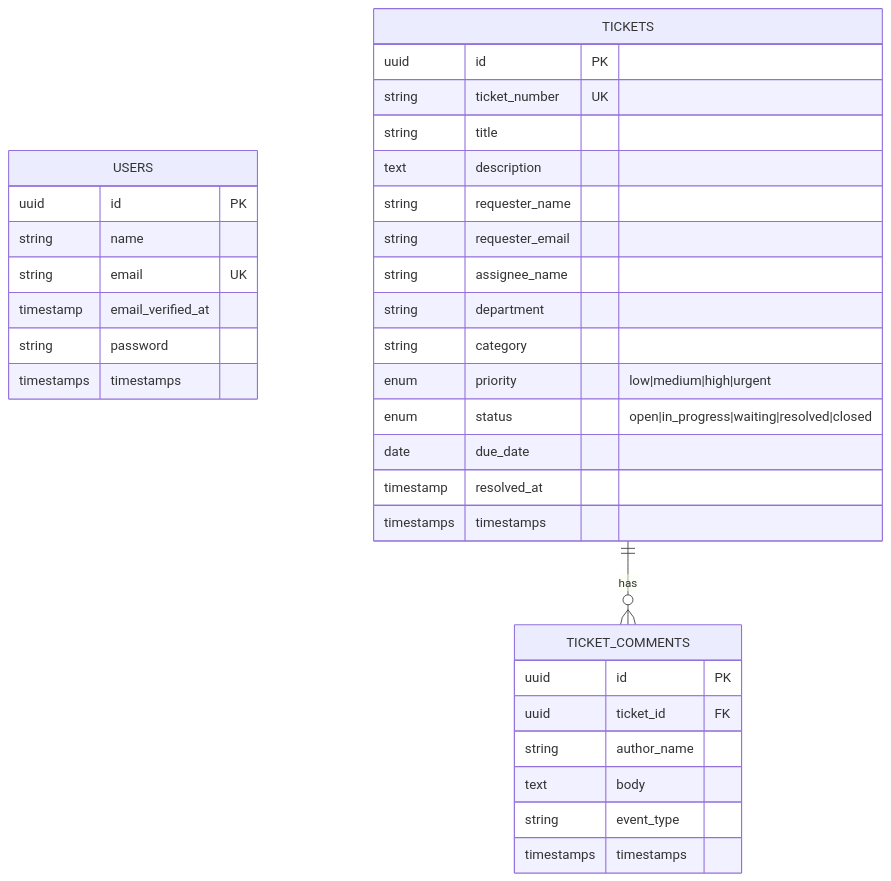
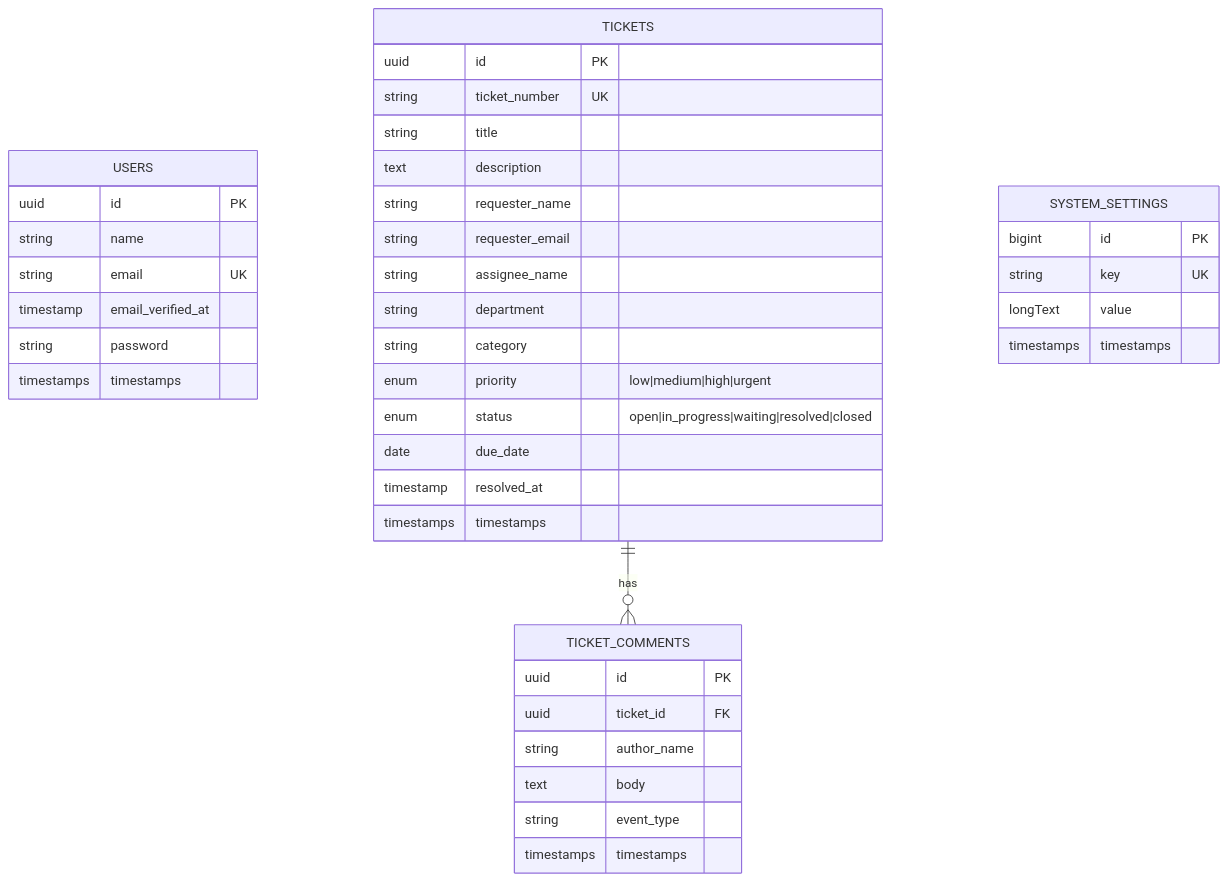
The diagram in docs/erd.md (austinkalisik/Nextgen-Ticketing-System), drawn with Mermaid before and after one commit. The commit also changed other lines of this file and 15 other files, not shown here.

````diff
--- a/docs/erd.md
+++ b/docs/erd.md
@@ -3,39 +3,46 @@
 ```mermaid
 erDiagram
     USERS {
         uuid id PK
         string name
         string email UK
         timestamp email_verified_at
         string password
         timestamps timestamps
     }
 
     TICKETS {
         uuid id PK
         string ticket_number UK
         string title
         text description
         string requester_name
         string requester_email
         string assignee_name
         string department
         string category
         enum priority "low|medium|high|urgent"
         enum status "open|in_progress|waiting|resolved|closed"
         date due_date
         timestamp resolved_at
         timestamps timestamps
     }
 
     TICKET_COMMENTS {
         uuid id PK
         uuid ticket_id FK
         string author_name
         text body
         string event_type
         timestamps timestamps
     }
 
+    SYSTEM_SETTINGS {
+        bigint id PK
+        string key UK
+        longText value
+        timestamps timestamps
+    }
+
     TICKETS ||--o{ TICKET_COMMENTS : has
 ```
````
